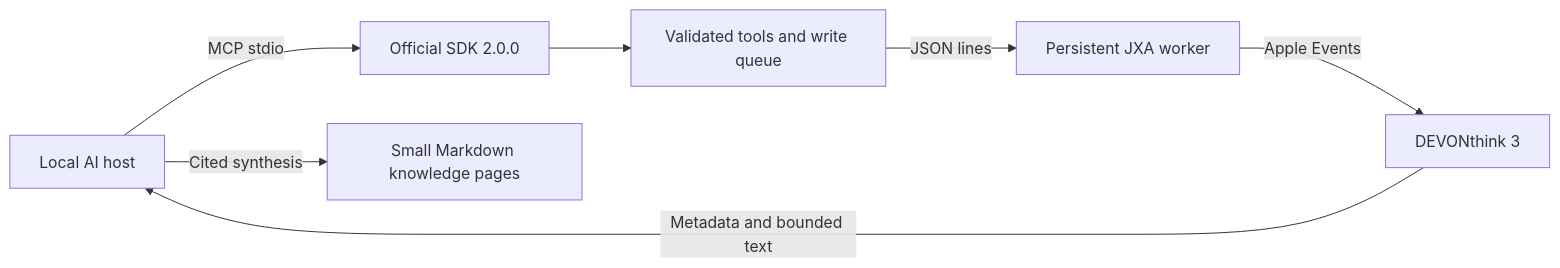
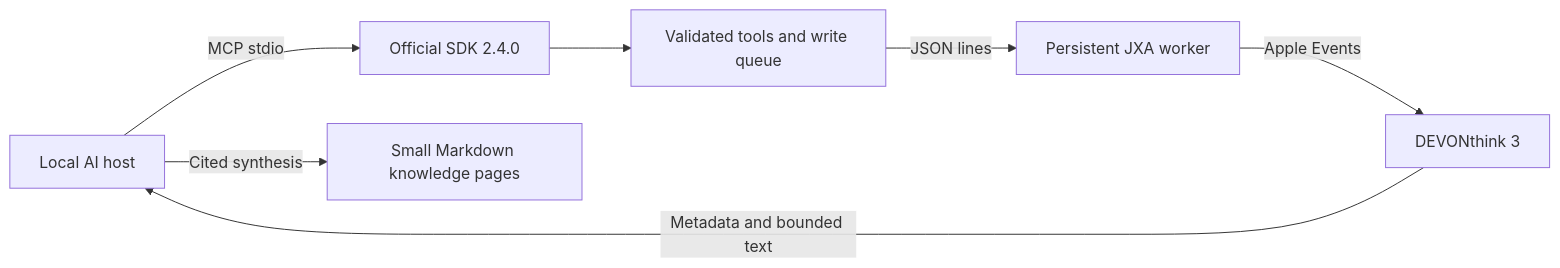
Before and after one commit to waylake/devonthink3-mcp: the diagram in docs/design.md, drawn with Mermaid. The commit also changed other lines of this file and 7 other files, not shown here.

````diff
--- a/docs/design.md
+++ b/docs/design.md
@@ -7,9 +9,9 @@
 ```mermaid
 flowchart LR
-  A[Local AI host] -->|MCP stdio| B[Official SDK 2.0.0]
+  A[Local AI host] -->|MCP stdio| B[Official SDK 2.4.0]
   B --> C[Validated tools and write queue]
   C -->|JSON lines| D[Persistent JXA worker]
   D -->|Apple Events| E[DEVONthink 3]
   E -->|Metadata and bounded text| A
   A -->|Cited synthesis| F[Small Markdown knowledge pages]
 ```
````
